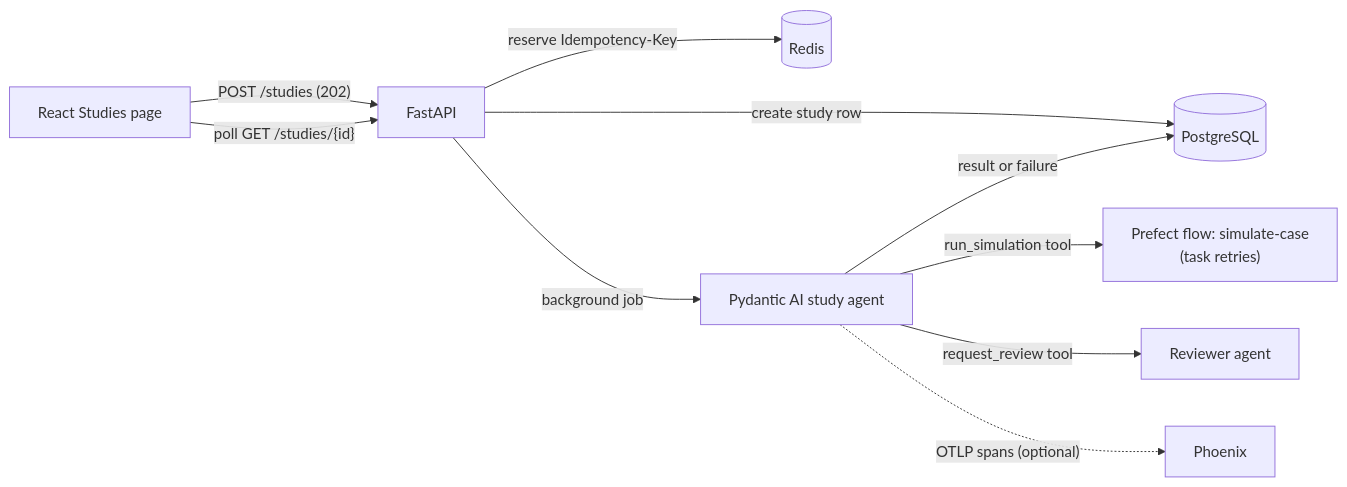
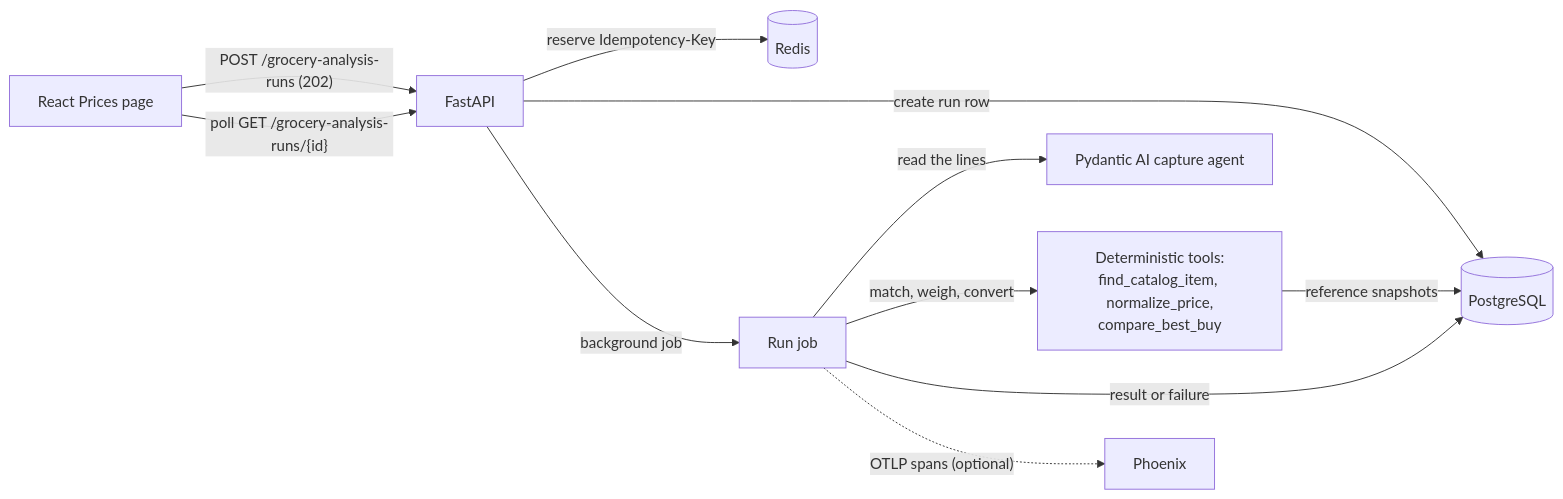
Before and after one commit to rmvw96-spec/patch-and-pantry: the diagram in README.md, drawn with Mermaid. The commit also changed other lines of this file and 25 other files, not shown here.

First line of the commit message:
Replace Studies with the Prices page and seeded E2E (P1-1)

````diff
--- a/README.md
+++ b/README.md
@@ -29,12 +37,13 @@
 ```mermaid
 flowchart LR
-    UI["React Studies page"] -->|"POST /studies (202)"| API["FastAPI"]
-    UI -->|"poll GET /studies/{id}"| API
+    UI["React Prices page"] -->|"POST /grocery-analysis-runs (202)"| API["FastAPI"]
+    UI -->|"poll GET /grocery-analysis-runs/{id}"| API
     API -->|"reserve Idempotency-Key"| Redis[("Redis")]
-    API -->|"create study row"| PG[("PostgreSQL")]
-    API -->|"background job"| Agent["Pydantic AI study agent"]
-    Agent -->|"run_simulation tool"| Flow["Prefect flow: simulate-case<br/>(task retries)"]
-    Agent -->|"request_review tool"| Reviewer["Reviewer agent"]
-    Agent -->|"result or failure"| PG
-    Agent -.->|"OTLP spans (optional)"| Phoenix["Phoenix"]
+    API -->|"create run row"| PG[("PostgreSQL")]
+    API -->|"background job"| Job["Run job"]
+    Job -->|"read the lines"| Agent["Pydantic AI capture agent"]
+    Job -->|"match, weigh, convert"| Tools["Deterministic tools:<br/>find_catalog_item, normalize_price,<br/>compare_best_buy"]
+    Tools -->|"reference snapshots"| PG
+    Job -->|"result or failure"| PG
+    Job -.->|"OTLP spans (optional)"| Phoenix["Phoenix"]
 ```
````
